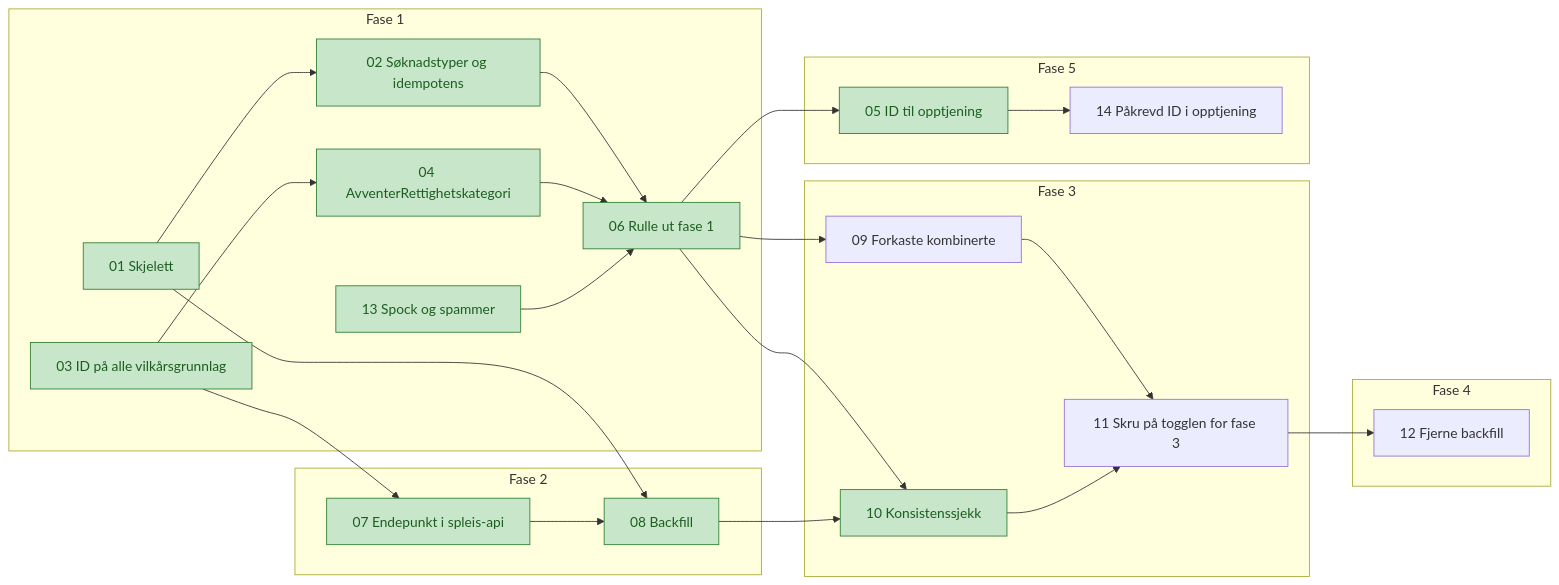
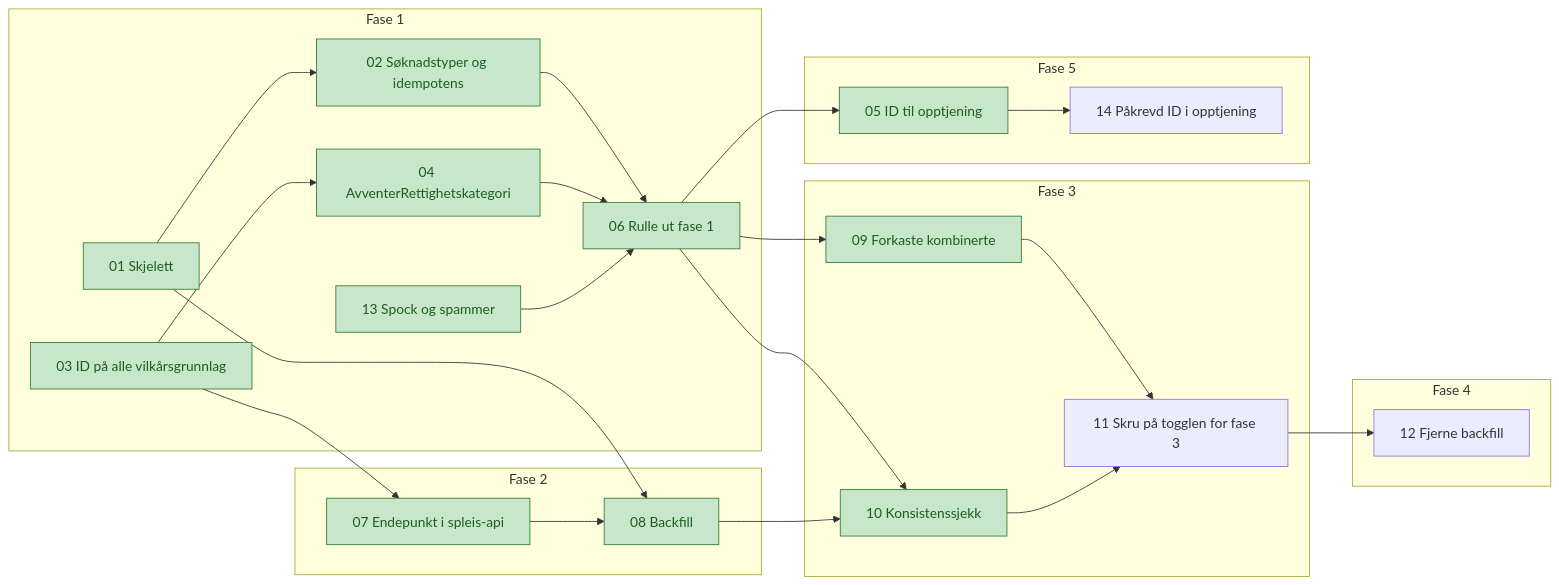
The diagram in docs/tickets/avklare-rettighetskategori/index.md (navikt/helse-sas-meta), drawn with Mermaid before and after one commit. The commit also changed other lines of this file and 4 other files, not shown here.

````diff
--- a/docs/tickets/avklare-rettighetskategori/index.md
+++ b/docs/tickets/avklare-rettighetskategori/index.md
@@ -22,33 +22,33 @@
 ```mermaid
 flowchart LR
     subgraph F1[Fase 1]
         T01[01 Skjelett] --> T02[02 Søknadstyper og idempotens]
         T03[03 ID på alle vilkårsgrunnlag] --> T04[04 AvventerRettighetskategori]
         T02 --> T06[06 Rulle ut fase 1]
         T04 --> T06
         T13[13 Spock og spammer] --> T06
     end
     subgraph F2[Fase 2]
         T07[07 Endepunkt i spleis-api] --> T08[08 Backfill]
     end
     subgraph F3[Fase 3]
         T09[09 Forkaste kombinerte] --> T11[11 Skru på togglen for fase 3]
         T10[10 Konsistenssjekk] --> T11
     end
     subgraph F4[Fase 4]
         T12[12 Fjerne backfill]
     end
     subgraph F5[Fase 5]
         T05[05 ID til opptjening] --> T14[14 Påkrevd ID i opptjening]
     end
     T06 --> T05
     T03 --> T07
     T01 --> T08
     T06 --> T09
     T06 --> T10
     T08 --> T10
     T11 --> T12
 
     classDef ferdig fill:#c8e6c9,stroke:#2e7d32,color:#1b5e20
-    class T01,T02,T03,T04,T05,T06,T07,T08,T10,T13 ferdig
+    class T01,T02,T03,T04,T05,T06,T07,T08,T09,T10,T13 ferdig
 ```
````
